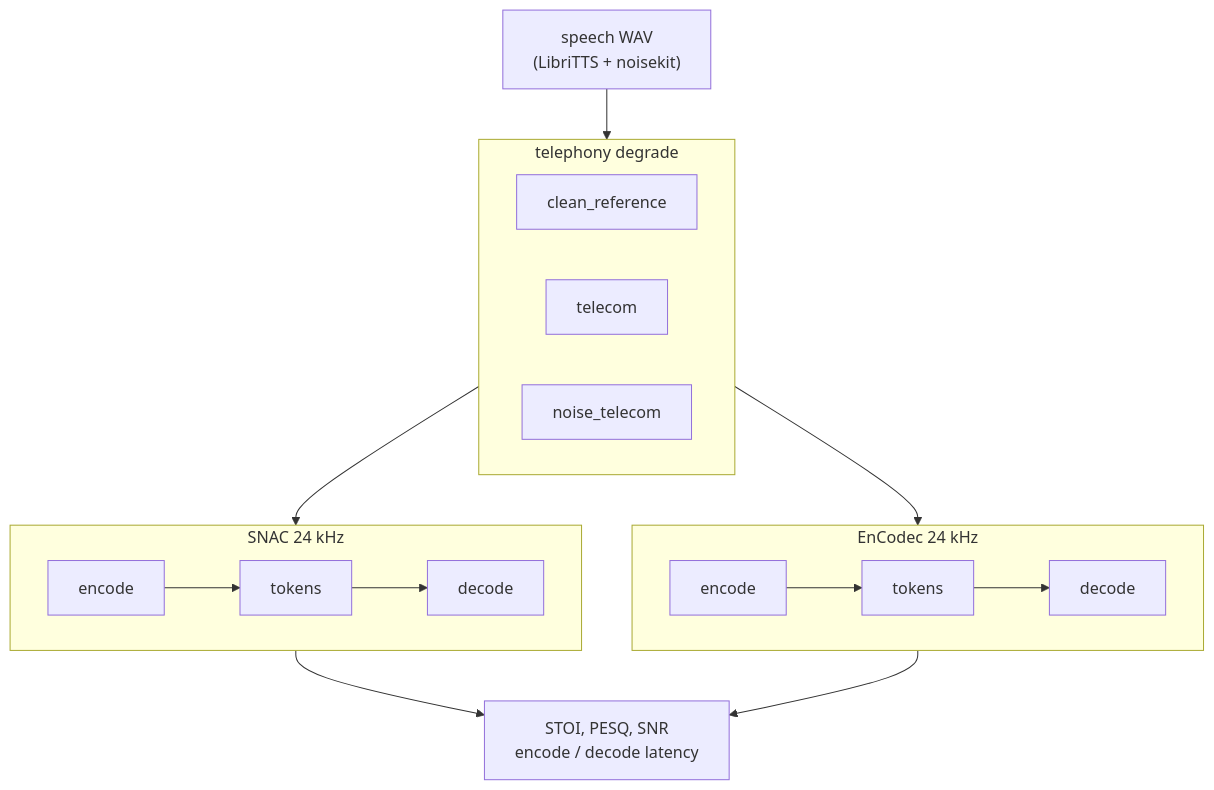
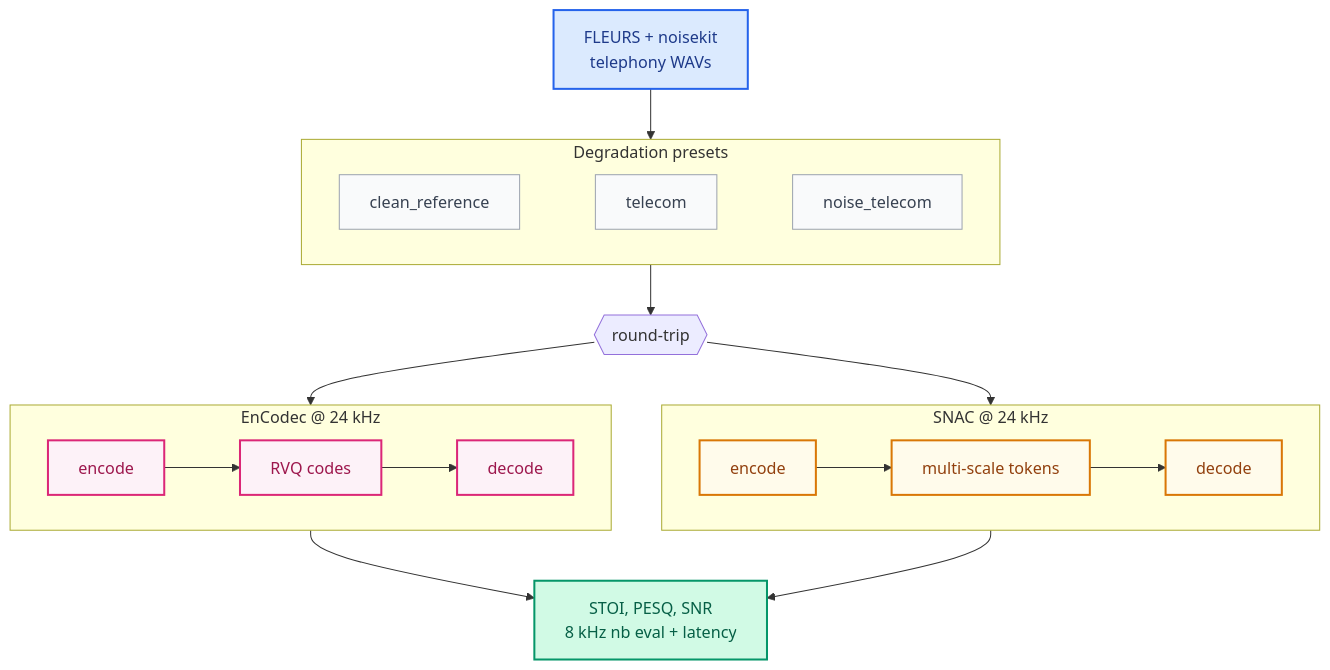
Before and after one commit to ST-48-1240162/telephony-codec-bench: the diagram in README.md, drawn with Mermaid. The commit also changed other lines of this file, not shown here.

Commit message:
readme: pipeline diagram, results wording

````diff
--- a/README.md
+++ b/README.md
@@ -48,28 +48,38 @@
 ```mermaid
-flowchart TD
-    WAV["speech WAV<br/>(LibriTTS + noisekit)"] --> DEG
+flowchart TB
+    classDef input fill:#dbeafe,stroke:#2563eb,stroke-width:2px,color:#1e3a8a
+    classDef preset fill:#f9fafb,stroke:#9ca3af,color:#374151
+    classDef snac fill:#fffbeb,stroke:#d97706,stroke-width:2px,color:#92400e
+    classDef encodec fill:#fdf2f8,stroke:#db2777,stroke-width:2px,color:#9d174d
+    classDef metrics fill:#d1fae5,stroke:#059669,stroke-width:2px,color:#065f46
 
-    subgraph DEG ["telephony degrade"]
+    IN["FLEURS + noisekit<br/>telephony WAVs"]:::input
+
+    subgraph DEG["Degradation presets"]
         direction LR
-        P1[clean_reference]
-        P2[telecom]
-        P3[noise_telecom]
+        P1[clean_reference]:::preset
+        P2[telecom]:::preset
+        P3[noise_telecom]:::preset
+        P1 ~~~ P2 ~~~ P3
     end
 
-    DEG --> SNAC & ENCODEC
+    IN --> DEG
+    DEG --> FORK{{round-trip}}
 
-    subgraph SNAC ["SNAC 24 kHz"]
+    subgraph SNAC["SNAC @ 24 kHz"]
         direction LR
-        S1[encode] --> S2[tokens] --> S3[decode]
+        S1[encode]:::snac --> S2[multi-scale tokens]:::snac --> S3[decode]:::snac
     end
 
-    subgraph ENCODEC ["EnCodec 24 kHz"]
+    subgraph ENCODEC["EnCodec @ 24 kHz"]
         direction LR
-        E1[encode] --> E2[tokens] --> E3[decode]
+        E1[encode]:::encodec --> E2[RVQ codes]:::encodec --> E3[decode]:::encodec
     end
 
-    SNAC --> MET
-    ENCODEC --> MET
+    FORK --> S1
+    FORK --> E1
+    S3 --> MET
+    E3 --> MET
 
-    MET["STOI, PESQ, SNR<br/>encode / decode latency"]
+    MET["STOI, PESQ, SNR<br/>8 kHz nb eval + latency"]:::metrics
 ```
````
